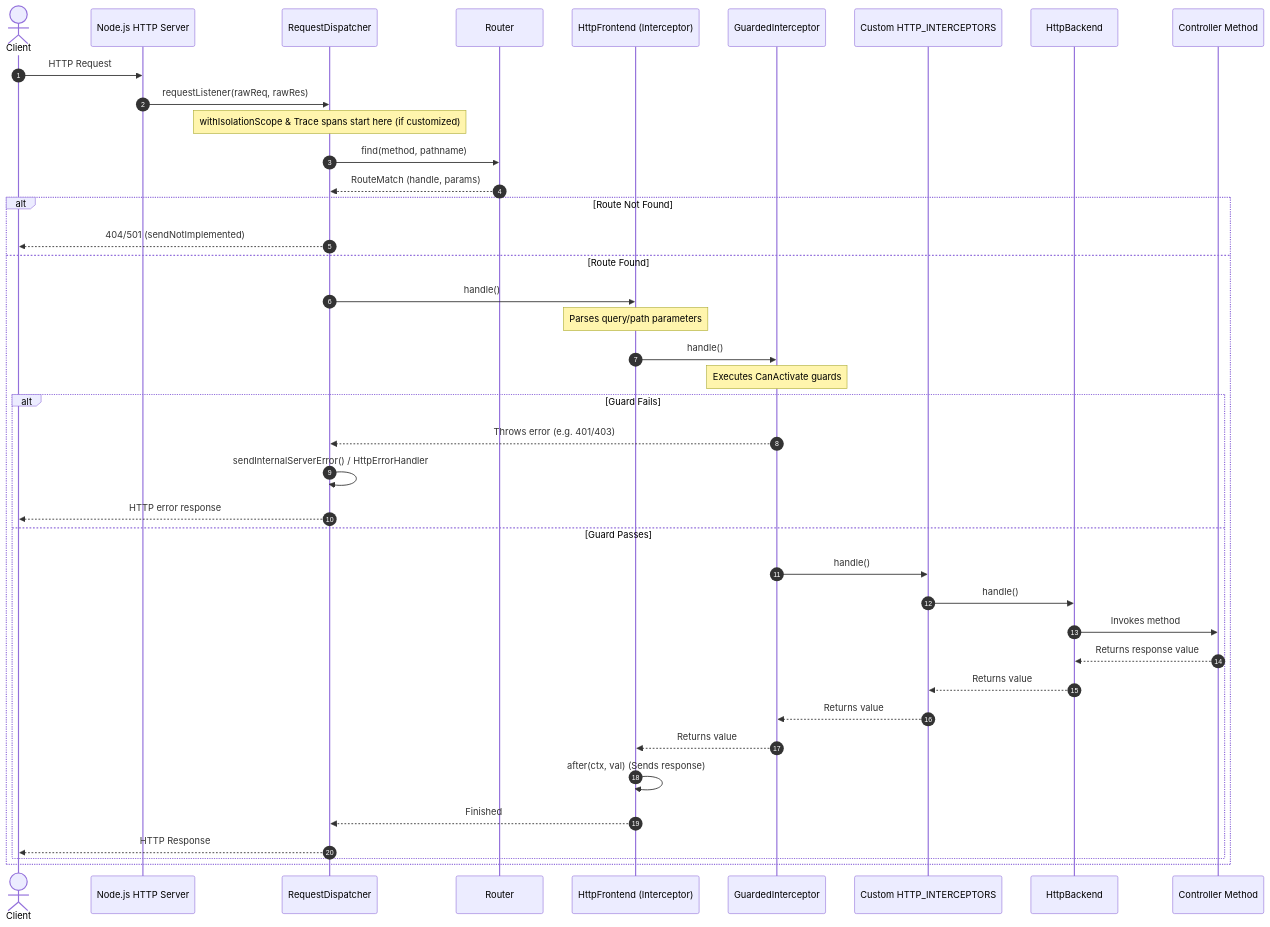
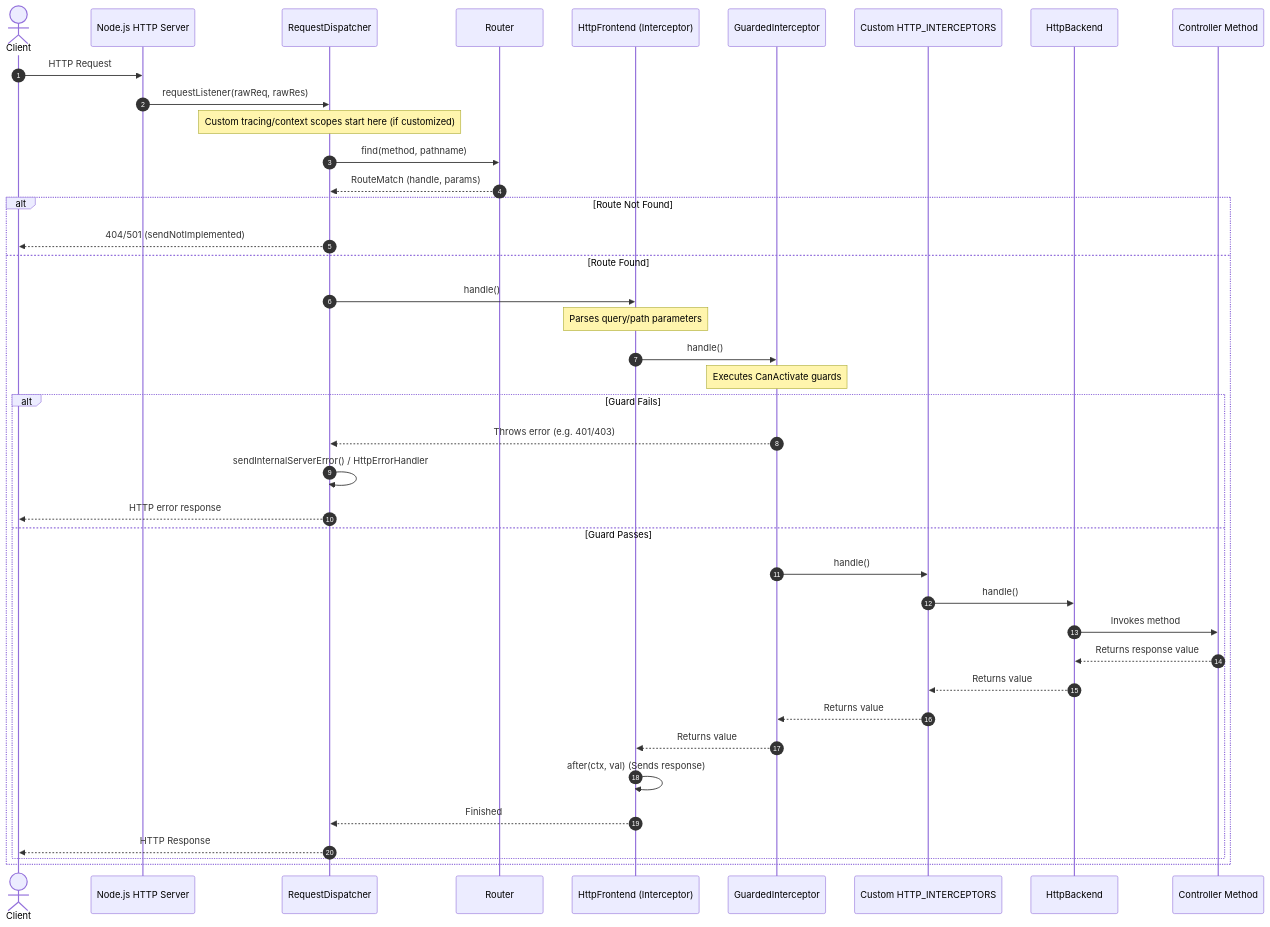
The diagram in skills/ditsmod-rest-workflow/SKILL.md (ditsmod/agent-skills), drawn with Mermaid before and after one commit. The commit also changed other lines of this file, not shown here.

````diff
--- a/skills/ditsmod-rest-workflow/SKILL.md
+++ b/skills/ditsmod-rest-workflow/SKILL.md
@@ -16,48 +16,48 @@
 ```mermaid
 sequenceDiagram
     autonumber
     actor Client
     participant Server as Node.js HTTP Server
     participant Dispatcher as RequestDispatcher
     participant Router as Router
     participant Frontend as HttpFrontend (Interceptor)
     participant Guards as GuardedInterceptor
     participant Custom as Custom HTTP_INTERCEPTORS
     participant Backend as HttpBackend
     participant Controller as Controller Method
 
     Client->>Server: HTTP Request
     Server->>Dispatcher: requestListener(rawReq, rawRes)
     
-    Note over Dispatcher: withIsolationScope & Trace spans start here (if customized)
+    Note over Dispatcher: Custom tracing/context scopes start here (if customized)
     
     Dispatcher->>Router: find(method, pathname)
     Router-->>Dispatcher: RouteMatch (handle, params)
     
     alt Route Not Found
         Dispatcher-->>Client: 404/501 (sendNotImplemented)
     else Route Found
         Dispatcher->>Frontend: handle()
         Note over Frontend: Parses query/path parameters
         
         Frontend->>Guards: handle()
         Note over Guards: Executes CanActivate guards
         
         alt Guard Fails
             Guards-->>Dispatcher: Throws error (e.g. 401/403)
             Dispatcher->>Dispatcher: sendInternalServerError() / HttpErrorHandler
             Dispatcher-->>Client: HTTP error response
         else Guard Passes
             Guards->>Custom: handle()
             Custom->>Backend: handle()
             Backend->>Controller: Invokes method
             Controller-->>Backend: Returns response value
             Backend-->>Custom: Returns value
             Custom-->>Guards: Returns value
             Guards-->>Frontend: Returns value
             Frontend->>Frontend: after(ctx, val) (Sends response)
             Frontend-->>Dispatcher: Finished
             Dispatcher-->>Client: HTTP Response
         end
     end
 ```
````
